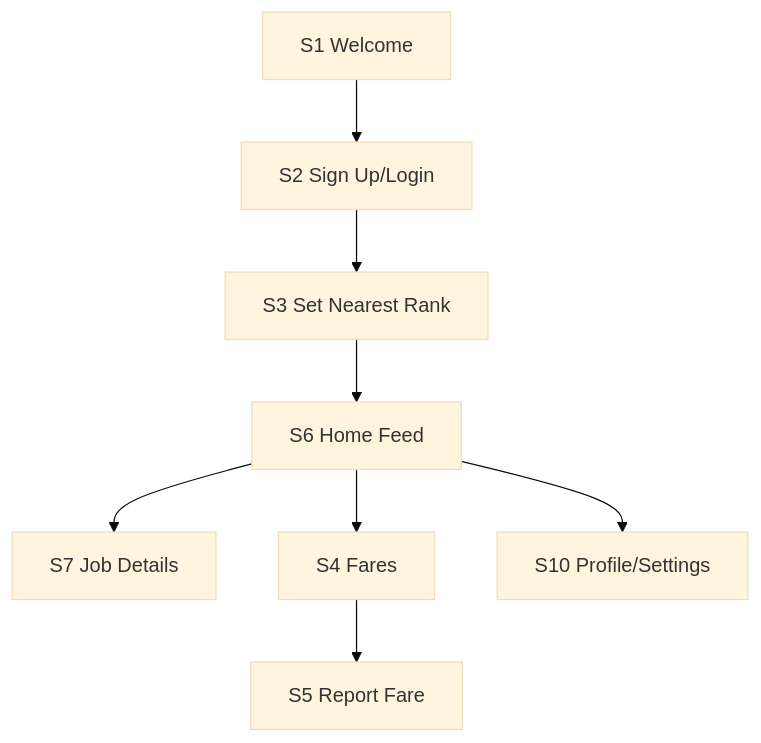
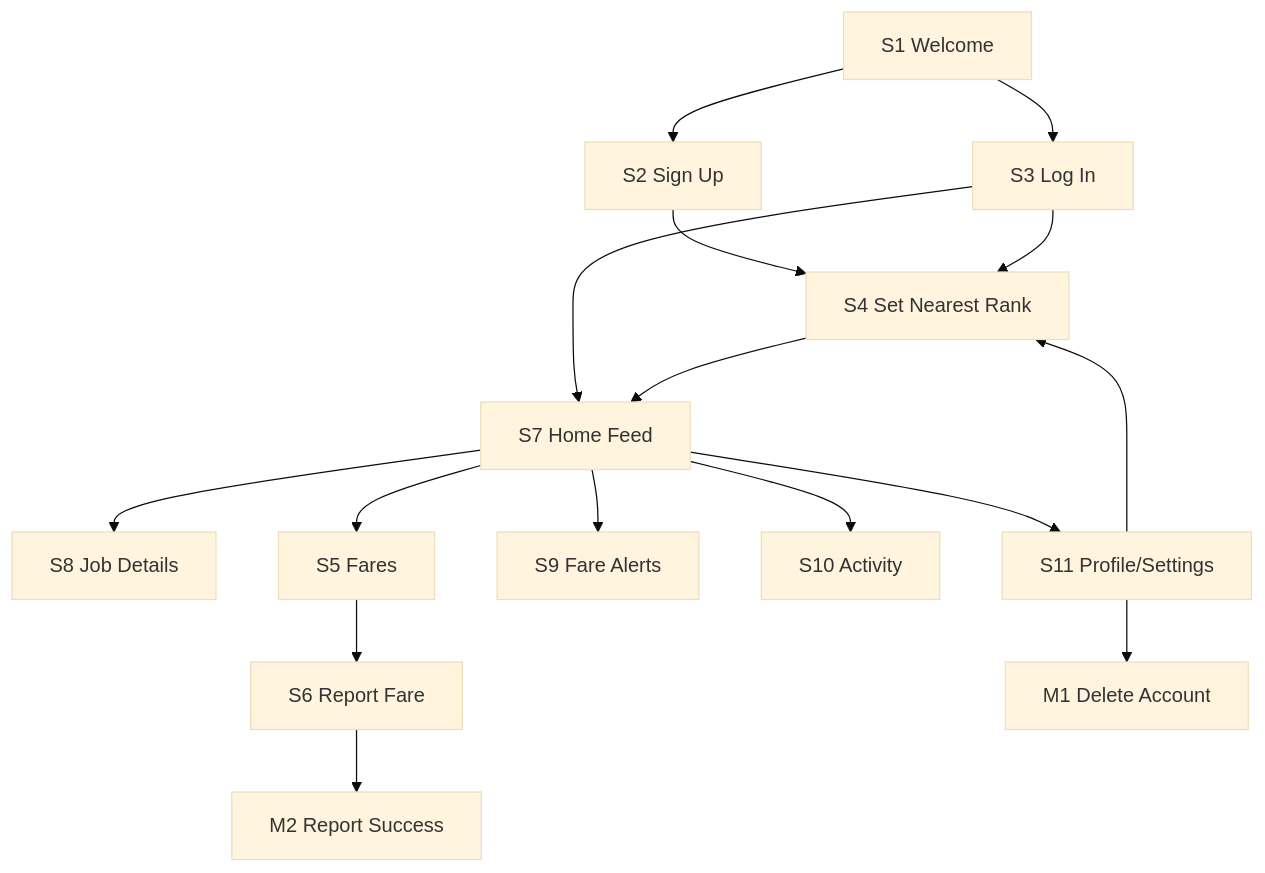
One commit to ThamiRoneo/indlela-mvp changed the diagram in docs/PRD.md. Above: the diagram before and after it, drawn with Mermaid (base theme). The commit also changed other lines of this file and 1 other file, not shown here.

````diff
--- a/docs/PRD.md
+++ b/docs/PRD.md
@@ -182,10 +201,18 @@
 ```mermaid
 flowchart TD
-  S1["S1 Welcome"] --> S2["S2 Sign Up/Login"]
-  S2 --> S3["S3 Set Nearest Rank"]
-  S3 --> S6["S6 Home Feed"]
-  S6 --> S7["S7 Job Details"]
-  S4["S4 Fares"] --> S5["S5 Report Fare"]
-  S6 --> S4
-  S6 --> S10["S10 Profile/Settings"]
+  S1["S1 Welcome"] --> S2["S2 Sign Up"]
+  S1 --> S3["S3 Log In"]
+  S2 --> S4["S4 Set Nearest Rank"]
+  S3 --> S4
+  S3 --> S7["S7 Home Feed"]
+  S4 --> S7
+  S7 --> S8["S8 Job Details"]
+  S5["S5 Fares"] --> S6["S6 Report Fare"]
+  S6 --> M2["M2 Report Success"]
+  S7 --> S5
+  S7 --> S9["S9 Fare Alerts"]
+  S7 --> S10["S10 Activity"]
+  S7 --> S11["S11 Profile/Settings"]
+  S11 --> S4
+  S11 --> M1["M1 Delete Account"]
 ```
````
